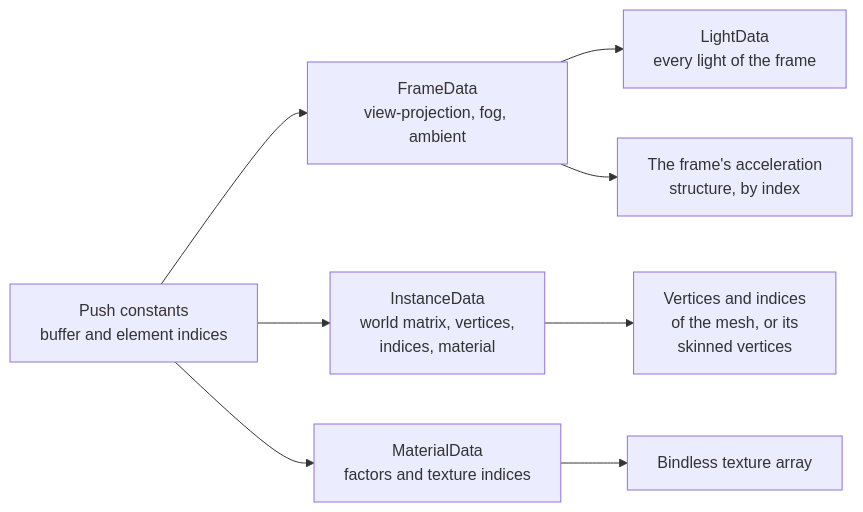
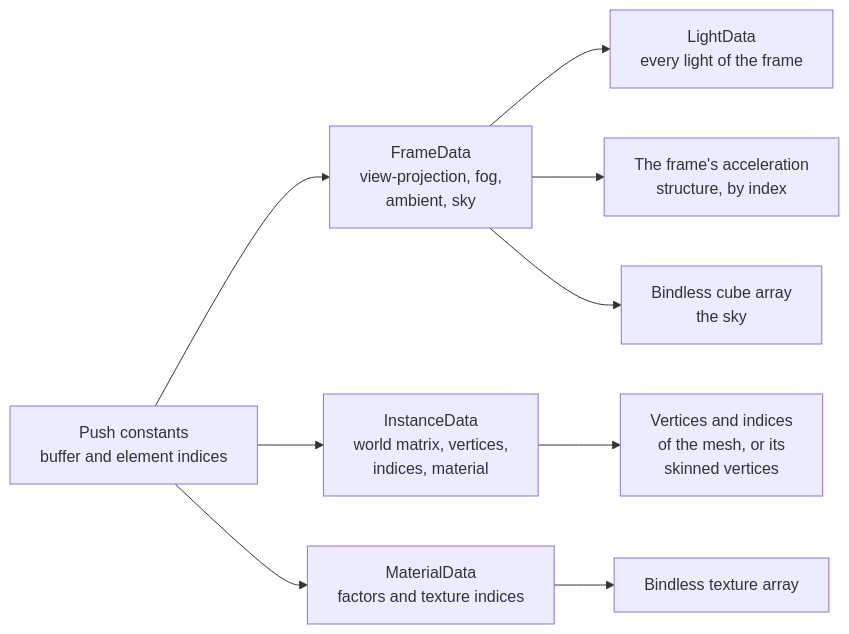
One commit to SBXdev3D/daidalos-engine-next changed the seventh of 12 diagrams in docs/ARCHITECTURE.md. Above: the diagram before and after it, drawn with Mermaid. The commit also changed other lines of this file and 10 other files, not shown here.

````diff
--- a/docs/ARCHITECTURE.md
+++ b/docs/ARCHITECTURE.md
@@ -160,10 +160,11 @@
 ```mermaid
 flowchart LR
-    P["Push constants<br/>buffer and element indices"] --> FB["FrameData<br/>view-projection, fog, ambient"]
+    P["Push constants<br/>buffer and element indices"] --> FB["FrameData<br/>view-projection, fog,<br/>ambient, sky"]
     FB --> LB["LightData<br/>every light of the frame"]
     P --> IB["InstanceData<br/>world matrix, vertices,<br/>indices, material"]
     IB --> VB["Vertices and indices<br/>of the mesh, or its<br/>skinned vertices"]
     P --> MB["MaterialData<br/>factors and texture indices"]
     MB --> T["Bindless texture array"]
     FB --> AS["The frame's acceleration<br/>structure, by index"]
+    FB --> CT["Bindless cube array<br/>the sky"]
 ```
````
